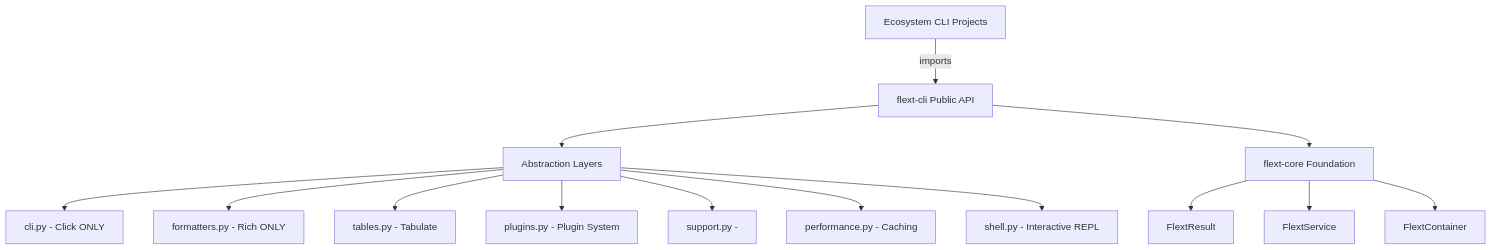
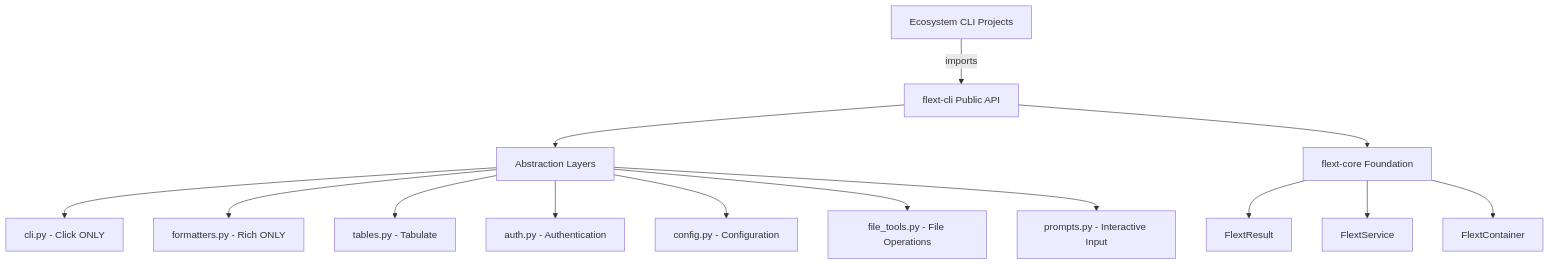
The diagram in README.md (flext-sh/flext-cli), drawn with Mermaid before and after one commit. The commit also changed other lines of this file and 47 other files, not shown here.

````diff
--- a/README.md
+++ b/README.md
@@ -81,17 +79,17 @@
 ```mermaid
 graph TB
     A[Ecosystem CLI Projects] -->|imports| B[flext-cli Public API]
     B --> C[Abstraction Layers]
     C --> D[cli.py - Click ONLY]
     C --> E[formatters.py - Rich ONLY]
     C --> F[tables.py - Tabulate]
-    C --> G[plugins.py - Plugin System]
-    C --> H[support.py - ]
-    C --> I[performance.py - Caching]
-    C --> J[shell.py - Interactive REPL]
+    C --> G[auth.py - Authentication]
+    C --> H[config.py - Configuration]
+    C --> I[file_tools.py - File Operations]
+    C --> J[prompts.py - Interactive Input]
 
     B --> K[flext-core Foundation]
     K --> L[FlextResult]
     K --> M[FlextService]
     K --> N[FlextContainer]
 ```
````
